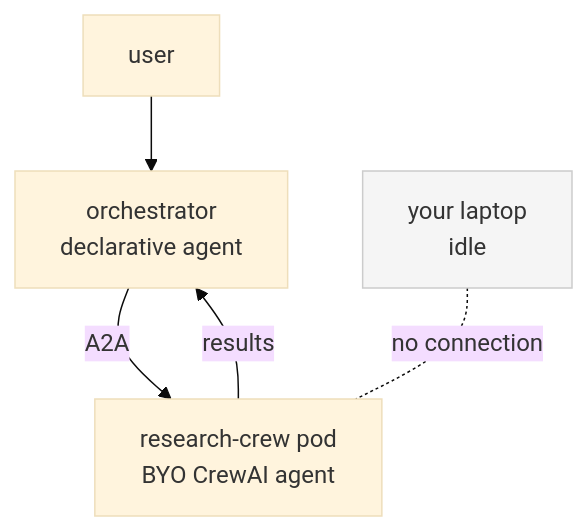
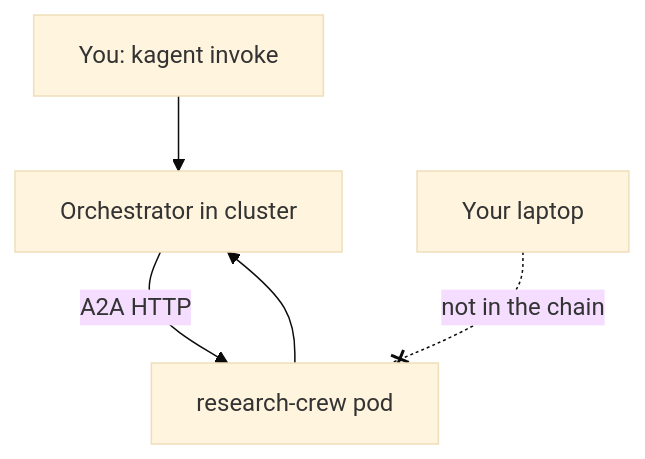
One commit to adnazujolakisic/kagent-mirrord changed the first of 2 diagrams in README.md. Above: the diagram before and after it, drawn with Mermaid (base theme). The commit also changed other lines of this file and 9 other files, not shown here.

````diff
--- a/README.md
+++ b/README.md
@@ -31,8 +22,7 @@
 ```mermaid
 graph TD
-    U[user] --> O[orchestrator\ndeclarative agent]
-    O --> |A2A| RC[research-crew pod\nBYO CrewAI agent]
-    RC --> |results| O
-    DEV[your laptop\nidle] -.- |no connection| RC
-    style DEV fill:#f5f5f5,stroke:#ccc
+    U[You: kagent invoke] --> O[Orchestrator in cluster]
+    O -->|A2A HTTP| RC[research-crew pod]
+    RC --> O
+    LP[Your laptop] -.-x|not in the chain| RC
 ```
````
